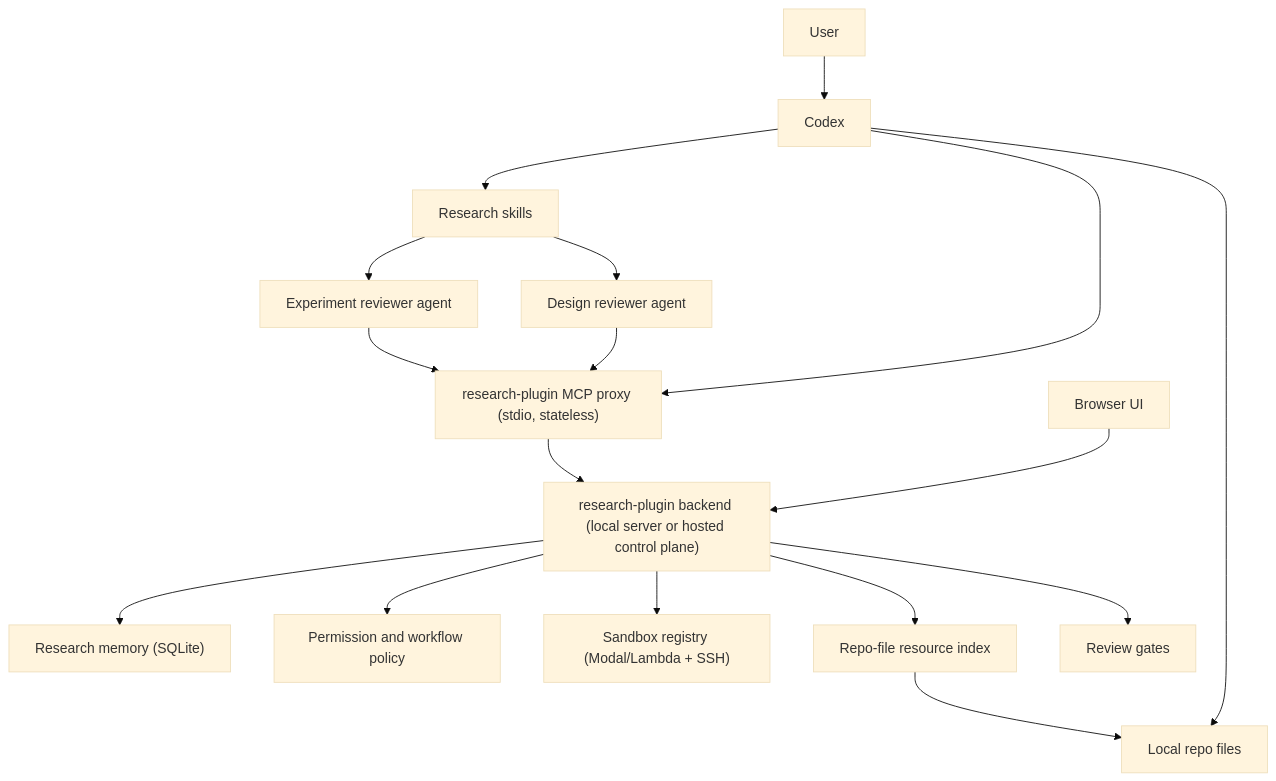
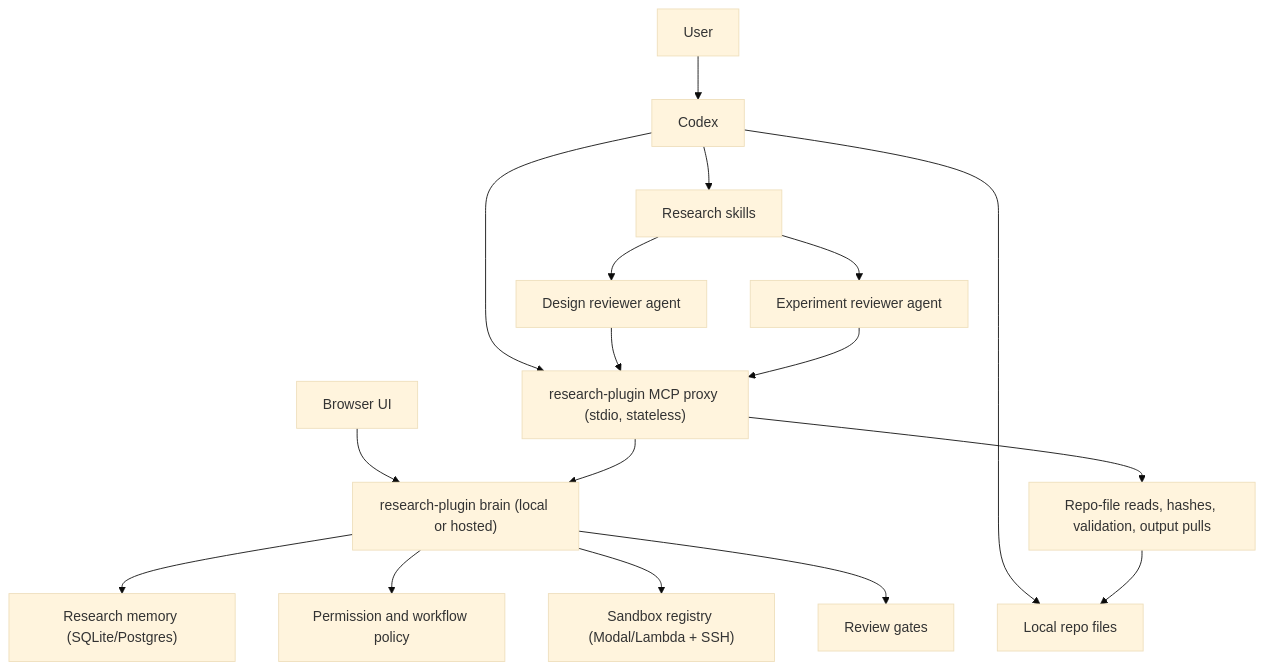
Before and after one commit to NGXT-Inc/Merv: the diagram in research_plugin/docs/ARCHITECTURE.md, drawn with Mermaid (base theme). The commit also changed other lines of this file and 59 other files, not shown here.

````diff
--- a/research_plugin/docs/ARCHITECTURE.md
+++ b/research_plugin/docs/ARCHITECTURE.md
@@ -34,22 +34,22 @@
 ```mermaid
 flowchart TD
   User["User"] --> Codex["Codex"]
   Codex --> Skills["Research skills"]
   Codex --> LocalRepo["Local repo files"]
   Codex --> MCPProxy["research-plugin MCP proxy (stdio, stateless)"]
 
-  Browser["Browser UI"] --> Backend["research-plugin backend (local server or hosted control plane)"]
+  Browser["Browser UI"] --> Backend["research-plugin brain (local or hosted)"]
   MCPProxy --> Backend
 
-  Backend --> Memory["Research memory (SQLite)"]
+  Backend --> Memory["Research memory (SQLite/Postgres)"]
   Backend --> Policy["Permission and workflow policy"]
   Backend --> Jobs["Sandbox registry (Modal/Lambda + SSH)"]
-  Backend --> ResourceIndex["Repo-file resource index"]
+  MCPProxy --> ResourceIO["Repo-file reads, hashes, validation, output pulls"]
   Backend --> ReviewGates["Review gates"]
 
   Skills --> DesignReviewer["Design reviewer agent"]
   Skills --> ExperimentReviewer["Experiment reviewer agent"]
   DesignReviewer --> MCPProxy
   ExperimentReviewer --> MCPProxy
-  ResourceIndex --> LocalRepo
+  ResourceIO --> LocalRepo
 ```
````
